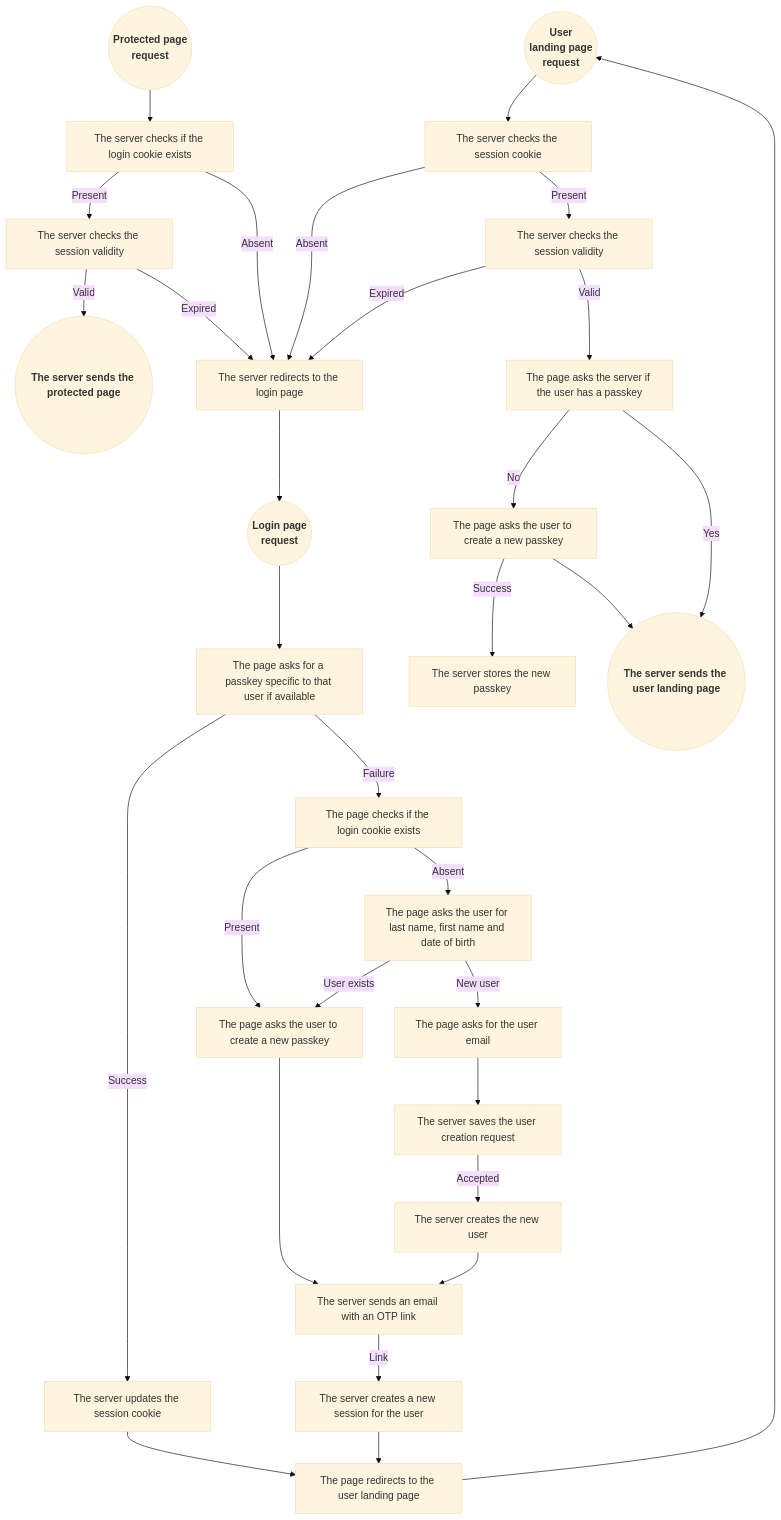
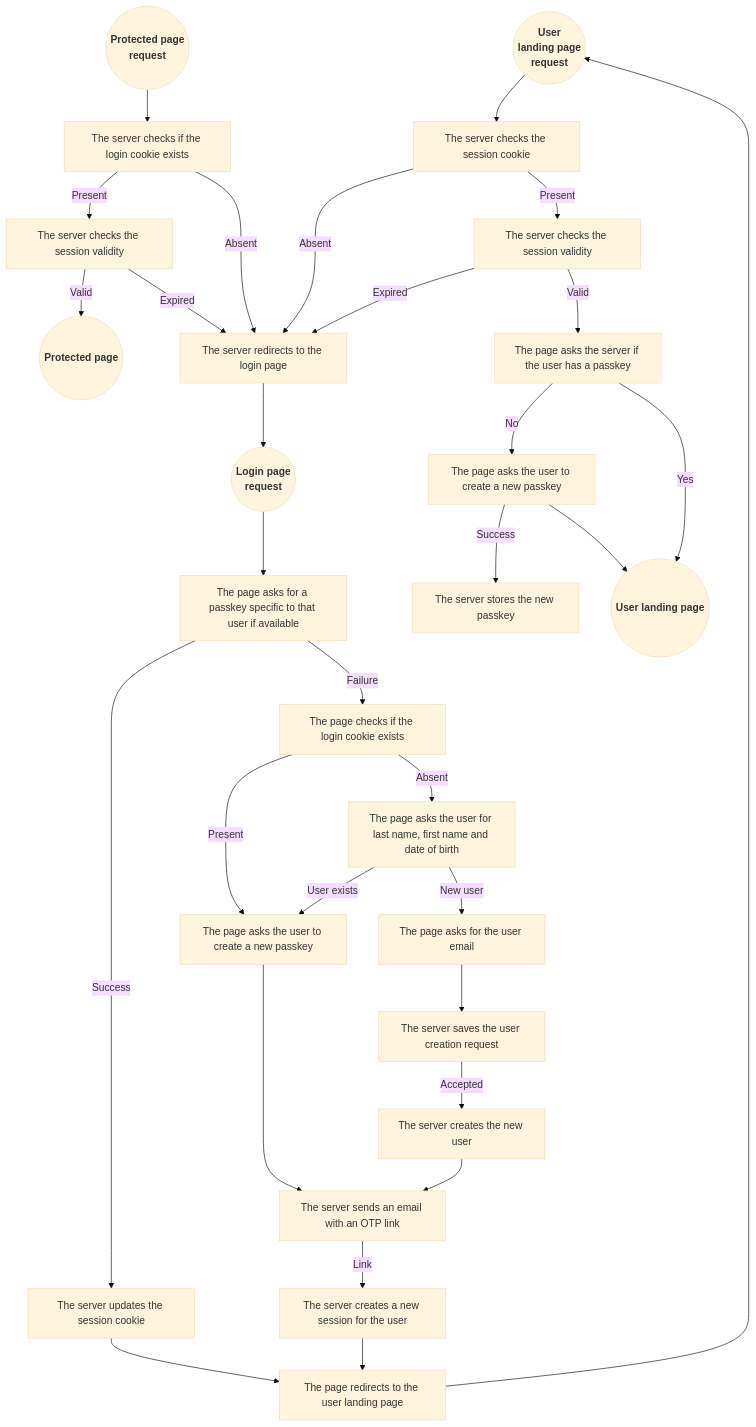
One commit to programingjd/tiered_server changed the diagram in README.md. Above: the diagram before and after it, drawn with Mermaid (base theme).

````diff
--- a/README.md
+++ b/README.md
@@ -123,40 +123,40 @@
 ```mermaid
 graph TD;
   UserLandingPageRequest(("<b>User<br>landing page<br>request</b>"))
   ProtectedPageRequest(("<b>Protected page<br>request</b>"))
   LoginPageRequest(("<b>Login page<br>request</b>"))
   
   ProtectedPageRequest-->QueryCookie1[The server checks if the login cookie exists]
   QueryCookie1-->|Present|CheckSessionValidity1[The server checks the session validity]
   QueryCookie1-->|Absent|LoginPageRedirect[The server redirects to the login page]
-  CheckSessionValidity1-->|Valid|ProtectedPageResponse(("<b>The server sends the protected page<b>"))
+  CheckSessionValidity1-->|Valid|ProtectedPageResponse(("<b>Protected page<b>"))
   CheckSessionValidity1-->|Expired|LoginPageRedirect
 
   UserLandingPageRequest-->QueryCookie2[The server checks the session cookie]
   QueryCookie2-->|Absent|LoginPageRedirect
   QueryCookie2-->|Present|CheckSessionValidity2[The server checks the session validity]
   CheckSessionValidity2-->|Expired|LoginPageRedirect
   CheckSessionValidity2-->|Valid|QueryExistingPasskey2[The page asks the server if the user has a passkey]
   QueryExistingPasskey2-->|No|NewPasskeyPrompt2[The page asks the user to create a new passkey]
-  QueryExistingPasskey2-->|Yes|UserLandingPageResponse(("<b>The server sends the user landing page<b>"))
+  QueryExistingPasskey2-->|Yes|UserLandingPageResponse(("<b>User landing page<b>"))
   NewPasskeyPrompt2-->|Success|NewPasskeyStore2[The server stores the new passkey]
   NewPasskeyPrompt2-->UserLandingPageResponse
 
   LoginPageRequest-->QueryPasskey[The page asks for a passkey specific to that user if available]
   QueryPasskey-->|Success|SessionCookieUpdate[The server updates the session cookie]
   SessionCookieUpdate-->UserLandingPageRedirect[The page redirects to the user landing page]
   QueryPasskey-->|Failure|QueryCookie3[The page checks if the login cookie exists]
   QueryCookie3-->|Present|NewPasskeyPrompt3[The page asks the user to create a new passkey]
   QueryCookie3-->|Absent|UserForm[The page asks the user for last name, first name and date of birth]
   UserForm-->|User exists|NewPasskeyPrompt3
   NewPasskeyPrompt3-->EmailOTP[The server sends an email with an OTP link]
   EmailOTP-->|Link|NewSession[The server creates a new session for the user]
   NewSession-->UserLandingPageRedirect
   UserForm-->|New user|NewUser[The page asks for the user email]
   NewUser-->UserModeration[The server saves the user creation request]
   UserModeration-->|Accepted|UserCreation[The server creates the new user]
   UserCreation-->EmailOTP
   
   UserLandingPageRedirect-->UserLandingPageRequest
   LoginPageRedirect-->LoginPageRequest
 ```
````
